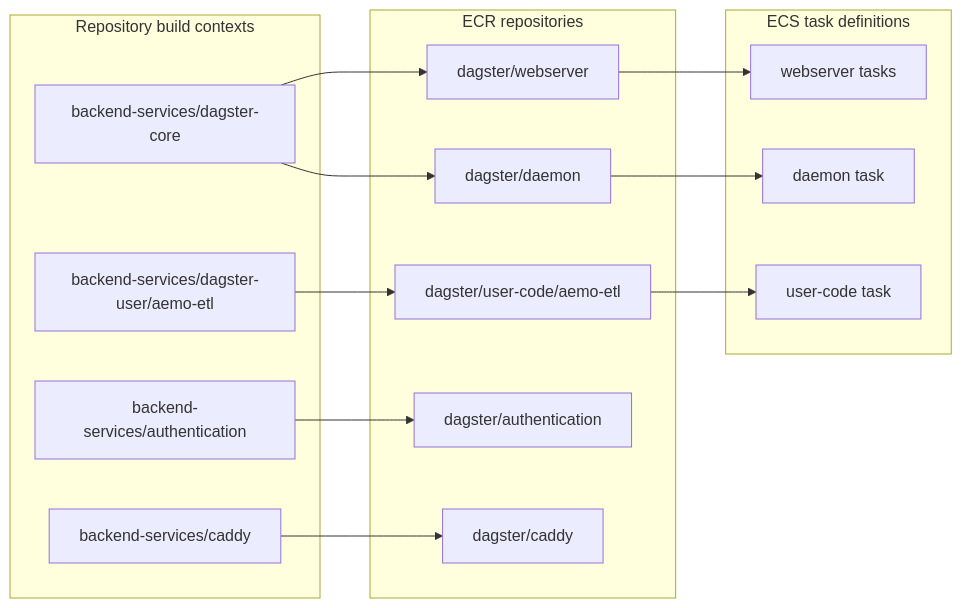
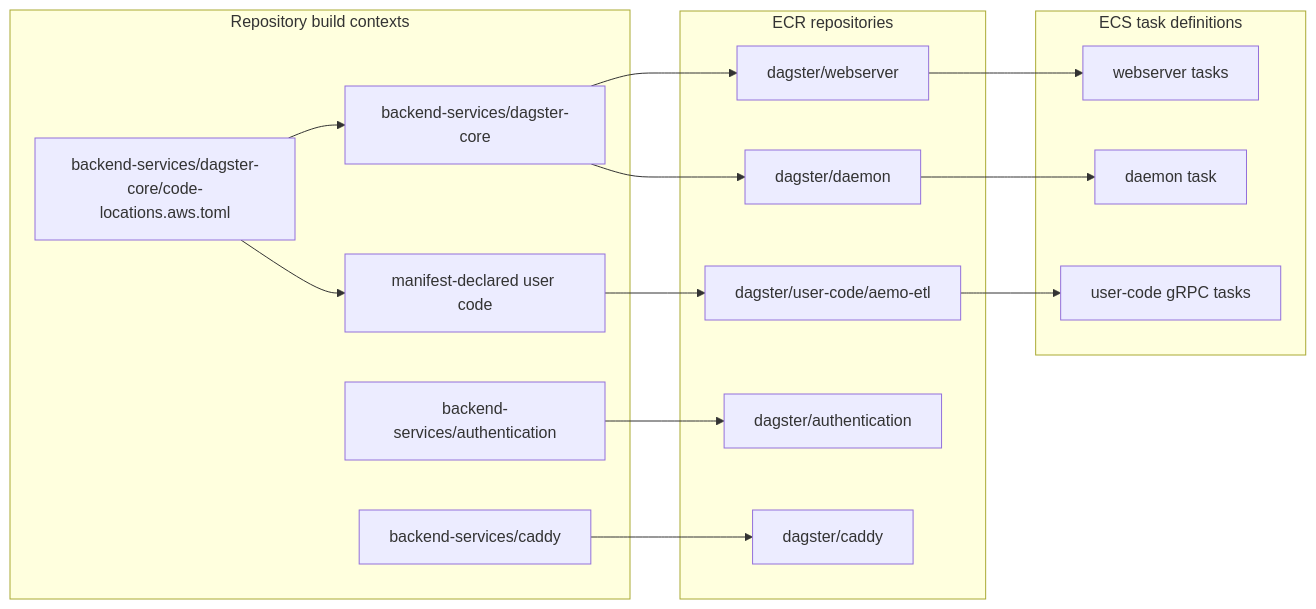
One commit to Chr1sC0de/energy-market-delta-lake changed the first of 2 diagrams in infrastructure/aws-pulumi/docs/runtime.md. Above: the diagram before and after it, drawn with Mermaid. The commit also changed other lines of this file and 23 other files, not shown here.

Commit message:
Implement issue #153: Prototype manifest-driven AWS Dagster code-location deployment

````diff
--- a/infrastructure/aws-pulumi/docs/runtime.md
+++ b/infrastructure/aws-pulumi/docs/runtime.md
@@ -26,32 +27,35 @@
 ```mermaid
 flowchart LR
     subgraph Repo[Repository build contexts]
         CORE[backend-services/dagster-core]
-        USERCODE[backend-services/dagster-user/aemo-etl]
+        MANIFEST[backend-services/dagster-core/code-locations.aws.toml]
+        USERCODE[manifest-declared user code]
         AUTH[backend-services/authentication]
         CADDY[backend-services/caddy]
     end
 
     subgraph ECR[ECR repositories]
         WEBREPO[dagster/webserver]
         DAEMONREPO[dagster/daemon]
         USERREPO[dagster/user-code/aemo-etl]
         AUTHREPO[dagster/authentication]
         CADDYREPO[dagster/caddy]
     end
 
     subgraph ECS[ECS task definitions]
         WEBTASK[webserver tasks]
         DAEMONTASK[daemon task]
-        USERTASK[user-code task]
+        USERTASK[user-code gRPC tasks]
     end
 
+    MANIFEST --> CORE
+    MANIFEST --> USERCODE
     CORE --> WEBREPO
     CORE --> DAEMONREPO
     USERCODE --> USERREPO
     AUTH --> AUTHREPO
     CADDY --> CADDYREPO
     WEBREPO --> WEBTASK
     DAEMONREPO --> DAEMONTASK
     USERREPO --> USERTASK
 ```
````
